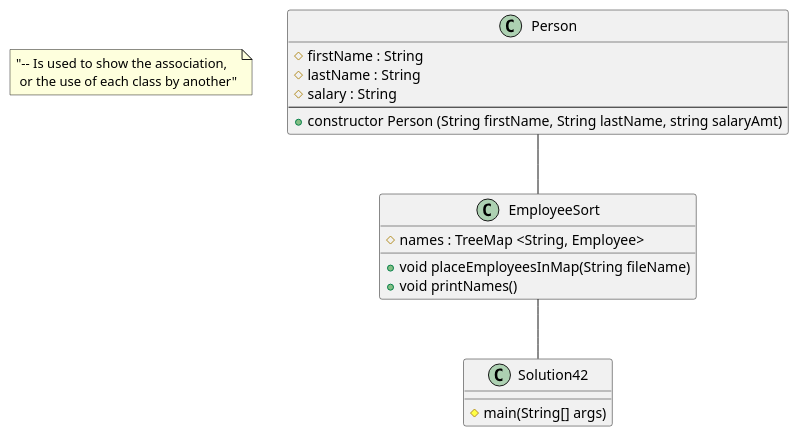
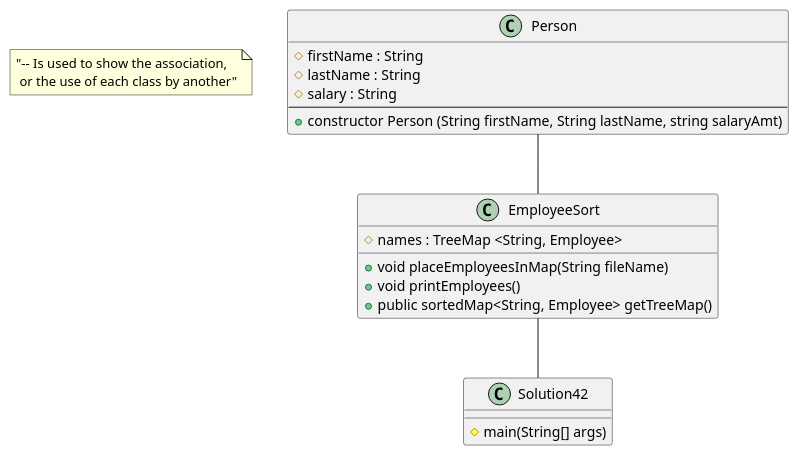
Before and after one commit to CATastrophic141/Simpson-a04: the diagram in exercise42/docs/Solution42UMLdiagram.puml, drawn with PlantUML. The commit also changed 18 other files, not shown here.

```diff
--- a/exercise42/docs/Solution42UMLdiagram.puml
+++ b/exercise42/docs/Solution42UMLdiagram.puml
@@ -1,30 +1,31 @@
 @startuml
 'https://plantuml.com/sequence-diagram
 
 note as N1
   "-- Is used to show the association,
    or the use of each class by another"
 end note
 
 class Person{
 # firstName : String
 # lastName : String
 # salary : String
 --
 + constructor Person (String firstName, String lastName, string salaryAmt)
 }
 Person -- EmployeeSort
 
 
 class EmployeeSort{
 # names : TreeMap <String, Employee>
 __
 + void placeEmployeesInMap(String fileName)
-+ void printNames()
++ void printEmployees()
++ public sortedMap<String, Employee> getTreeMap()
 }
 EmployeeSort -- Solution42
 
 class Solution42{
 # main(String[] args)
 }
 @enduml
```
